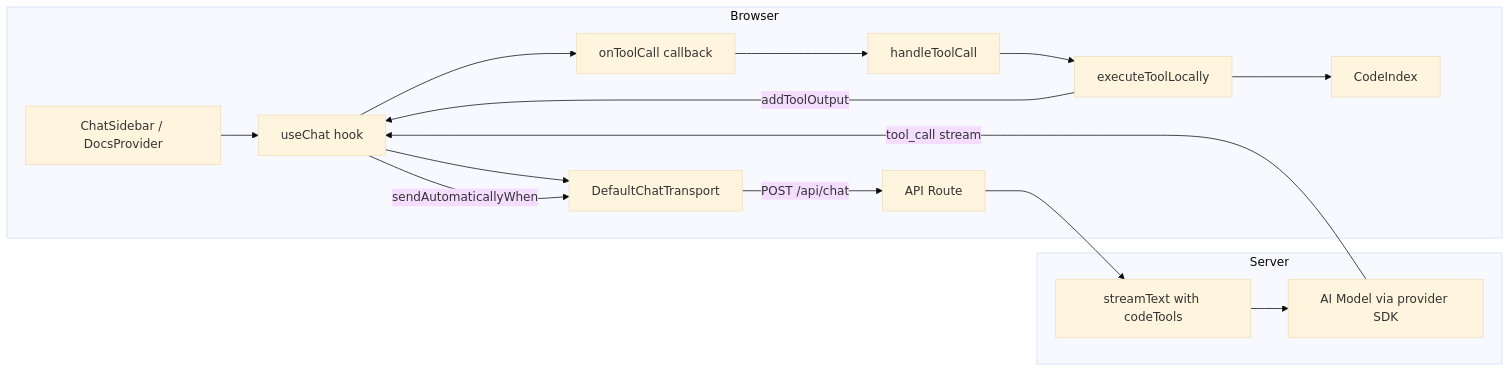
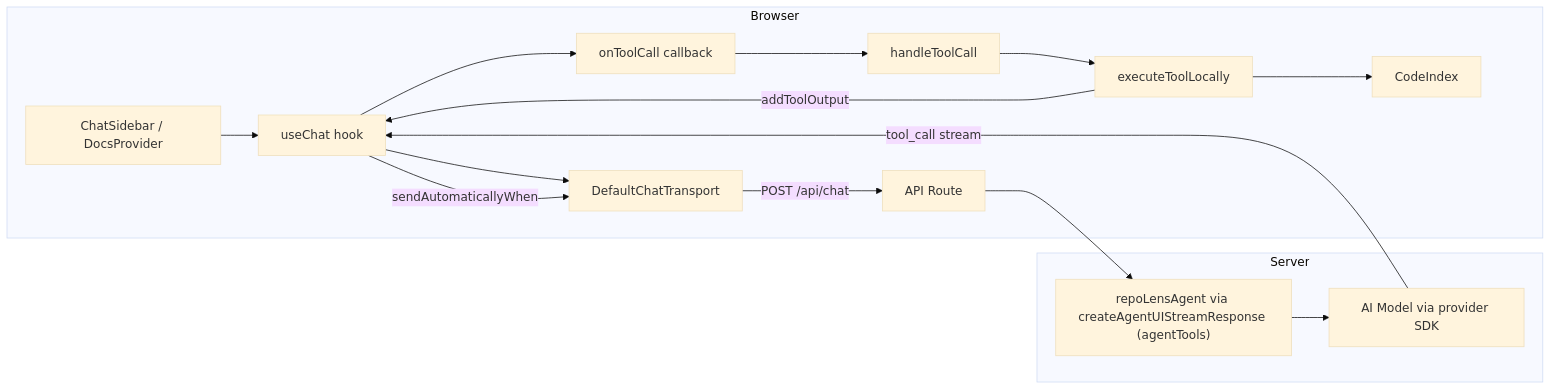
One commit to zebbern/repolens changed the fifth of 10 diagrams in ARCHITECTURE.md. Above: the diagram before and after it, drawn with Mermaid (base theme). The commit also changed other lines of this file and 1 other file, not shown here.

First line of the commit message:
docs: correct drift in AGENTS.md and ARCHITECTURE.md

````diff
--- a/ARCHITECTURE.md
+++ b/ARCHITECTURE.md
@@ -160,19 +160,19 @@
 ```mermaid
 graph LR
   subgraph Browser
     A["ChatSidebar / DocsProvider"] --> B["useChat hook"]
     B --> C["DefaultChatTransport"]
     C --> |"POST /api/chat"| D["API Route"]
     B --> E["onToolCall callback"]
     E --> F["handleToolCall"]
     F --> G["executeToolLocally"]
     G --> H["CodeIndex"]
   end
   subgraph Server
-    D --> I["streamText with codeTools"]
+    D --> I["repoLensAgent via createAgentUIStreamResponse (agentTools)"]
     I --> J["AI Model via provider SDK"]
   end
   J --> |"tool_call stream"| B
   G --> |"addToolOutput"| B
   B --> |"sendAutomaticallyWhen"| C
 ```
````
